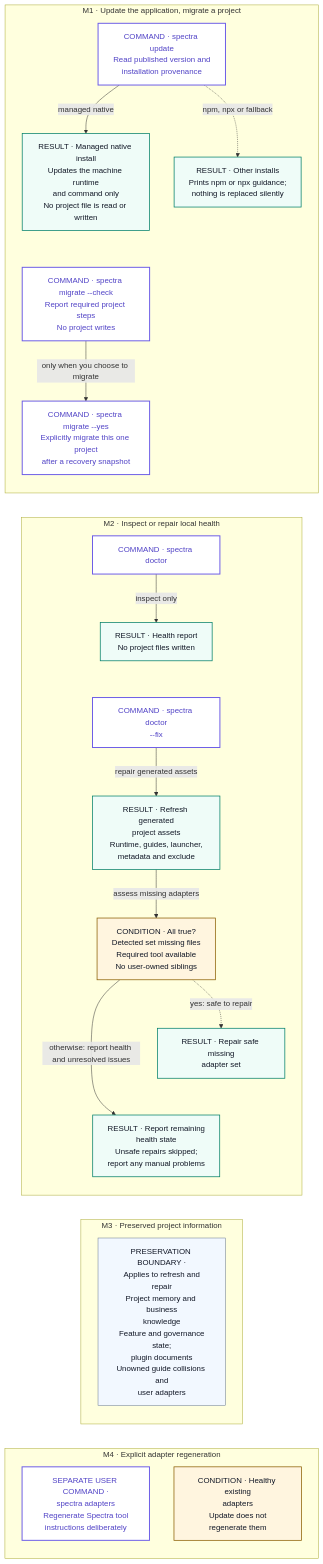
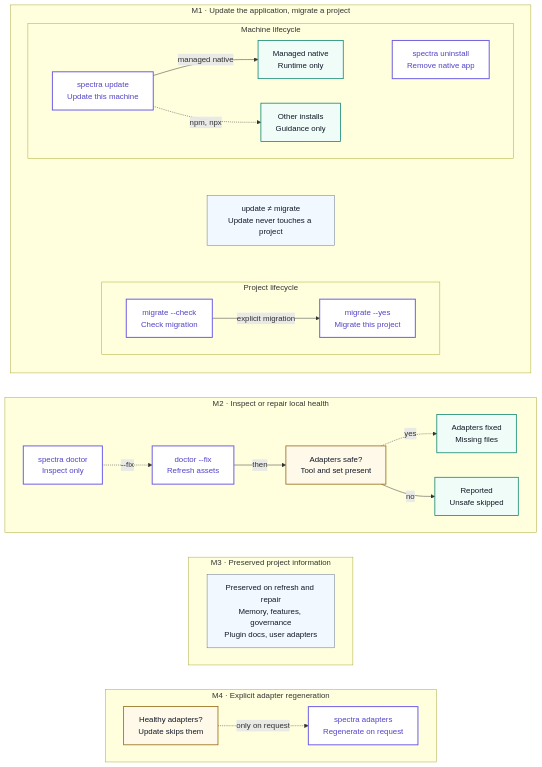
Before and after one commit to yunusakin/spectra: the diagram in site/assets/diagrams/maintenance.mmd, drawn with Mermaid. The commit also changed 14 other files, not shown here.

First line of the commit message:
docs(site): polish diagrams, simplify prose, align metadata (#60)

```diff
--- a/site/assets/diagrams/maintenance.mmd
+++ b/site/assets/diagrams/maintenance.mmd
@@ -1,53 +1,59 @@
 flowchart TB
   accTitle: Spectra maintenance: application update, explicit project migration and doctor, with preservation boundaries
   accDescr: Update changes only the application installed on the machine and never reads or writes a project; migrate is a separate, explicit command that checks and then migrates one project. Uninstall is also machine-only. Doctor reports health without writes; doctor --fix refreshes generated project assets and repairs missing adapters only when safe. Preserved information is a boundary, not a subsequent action. Explicit adapter regeneration is a separate user command. Groups M1 to M4 have matching HTML explanations.
   subgraph MAINT_UPDATE["M1 · Update the application, migrate a project"]
     direction TB
-    UPDATE["COMMAND · spectra update<br/>Read published version and<br/>installation provenance"]
-    NATIVE["RESULT · Managed native install<br/>Updates the machine runtime<br/>and command only<br/>No project file is read or written"]
-    OTHER["RESULT · Other installs<br/>Prints npm or npx guidance;<br/>nothing is replaced silently"]
-    CHECK["COMMAND · spectra migrate --check<br/>Report required project steps<br/>No project writes"]
-    APPLY["COMMAND · spectra migrate --yes<br/>Explicitly migrate this one project<br/>after a recovery snapshot"]
-    UPDATE -->|managed native| NATIVE
-    UPDATE -.->|npm, npx or fallback| OTHER
-    NATIVE ~~~ CHECK
-    CHECK -->|only when you choose to migrate| APPLY
+    subgraph MACHINE["Machine lifecycle"]
+      direction LR
+      UPDATE["spectra update<br/>Update this machine"]
+      NATIVE["Managed native<br/>Runtime only"]
+      OTHER["Other installs<br/>Guidance only"]
+      UNINSTALL["spectra uninstall<br/>Remove native app"]
+      UPDATE -->|managed native| NATIVE
+      UPDATE -.->|npm, npx| OTHER
+      NATIVE ~~~ UNINSTALL
+    end
+    NOTE["update ≠ migrate<br/>Update never touches a project"]
+    subgraph PROJECT["Project lifecycle"]
+      direction LR
+      CHECK["migrate --check<br/>Check migration"]
+      APPLY["migrate --yes<br/>Migrate this project"]
+      CHECK -->|explicit migration| APPLY
+    end
+    MACHINE ~~~ NOTE
+    NOTE ~~~ PROJECT
   end
   subgraph MAINT_DOCTOR["M2 · Inspect or repair local health"]
-    direction TB
-    DOCTOR["COMMAND · spectra doctor"]
-    REPORT["RESULT · Health report<br/>No project files written"]
-    FIX["COMMAND · spectra doctor<br/>--fix"]
-    REPAIR["RESULT · Refresh generated<br/>project assets<br/>Runtime, guides, launcher,<br/>metadata and exclude"]
-    SAFE["CONDITION · All true?<br/>Detected set missing files<br/>Required tool available<br/>No user-owned siblings"]
-    ADAPTER_REPAIR["RESULT · Repair safe missing<br/>adapter set"]
-    MANUAL["RESULT · Report remaining<br/>health state<br/>Unsafe repairs skipped;<br/>report any manual problems"]
-    DOCTOR -->|inspect only| REPORT
-    REPORT ~~~ FIX
-    FIX -->|repair generated assets| REPAIR
-    REPAIR -->|assess missing adapters| SAFE
-    SAFE -.->|yes: safe to repair| ADAPTER_REPAIR
-    SAFE -->|otherwise: report health and unresolved issues| MANUAL
-    ADAPTER_REPAIR ~~~ MANUAL
+    direction LR
+    DOCTOR["spectra doctor<br/>Inspect only"]
+    FIX["doctor --fix<br/>Refresh assets"]
+    SAFE["Adapters safe?<br/>Tool and set present"]
+    ADAPTER_REPAIR["Adapters fixed<br/>Missing files"]
+    MANUAL["Reported<br/>Unsafe skipped"]
+    DOCTOR -.->|--fix| FIX
+    FIX -->|then| SAFE
+    SAFE -.->|yes| ADAPTER_REPAIR
+    SAFE -->|no| MANUAL
   end
   subgraph MAINT_PRESERVED["M3 · Preserved project information"]
-    direction TB
-    KEEP["PRESERVATION BOUNDARY ·<br/>Applies to refresh and<br/>repair<br/>Project memory and business<br/>knowledge<br/>Feature and governance<br/>state;<br/>plugin documents<br/>Unowned guide collisions and<br/>user adapters"]
+    direction LR
+    KEEP["Preserved on refresh and repair<br/>Memory, features, governance<br/>Plugin docs, user adapters"]
   end
   subgraph MAINT_ADAPTERS["M4 · Explicit adapter regeneration"]
-    direction TB
-    ADAPTERS["SEPARATE USER COMMAND ·<br/>spectra adapters<br/>Regenerate Spectra tool<br/>instructions deliberately"]
-    HEALTHY["CONDITION · Healthy existing<br/>adapters<br/>Update does not<br/>regenerate them"]
+    direction LR
+    HEALTHY["Healthy adapters?<br/>Update skips them"]
+    ADAPTERS["spectra adapters<br/>Regenerate on request"]
+    HEALTHY -.->|only on request| ADAPTERS
   end
   %% Invisible links control layout only; these groups are not sequential steps.
   MAINT_UPDATE ~~~ MAINT_DOCTOR
   MAINT_DOCTOR ~~~ MAINT_PRESERVED
   MAINT_PRESERVED ~~~ MAINT_ADAPTERS
   classDef command fill:#ffffff,stroke:#6c5ce7,color:#5143c6,stroke-width:2px;
   classDef result fill:#effcf8,stroke:#007f68,color:#121827,stroke-width:1.5px;
-  classDef condition fill:#fff5df,stroke:#8a5d00,color:#121827,stroke-width:1.5px;
+  classDef condition fill:#fff9ea,stroke:#8a5d00,color:#121827,stroke-width:1.5px;
   classDef neutral fill:#f2f8ff,stroke:#64748b,color:#121827;
-  class UPDATE,CHECK,APPLY,DOCTOR,FIX,ADAPTERS command;
-  class NATIVE,OTHER,REPORT,REPAIR,ADAPTER_REPAIR,MANUAL result;
+  class UPDATE,UNINSTALL,CHECK,APPLY,DOCTOR,FIX,ADAPTERS command;
+  class NATIVE,OTHER,ADAPTER_REPAIR,MANUAL result;
   class SAFE,HEALTHY condition;
-  class KEEP neutral;
+  class NOTE,KEEP neutral;
```
